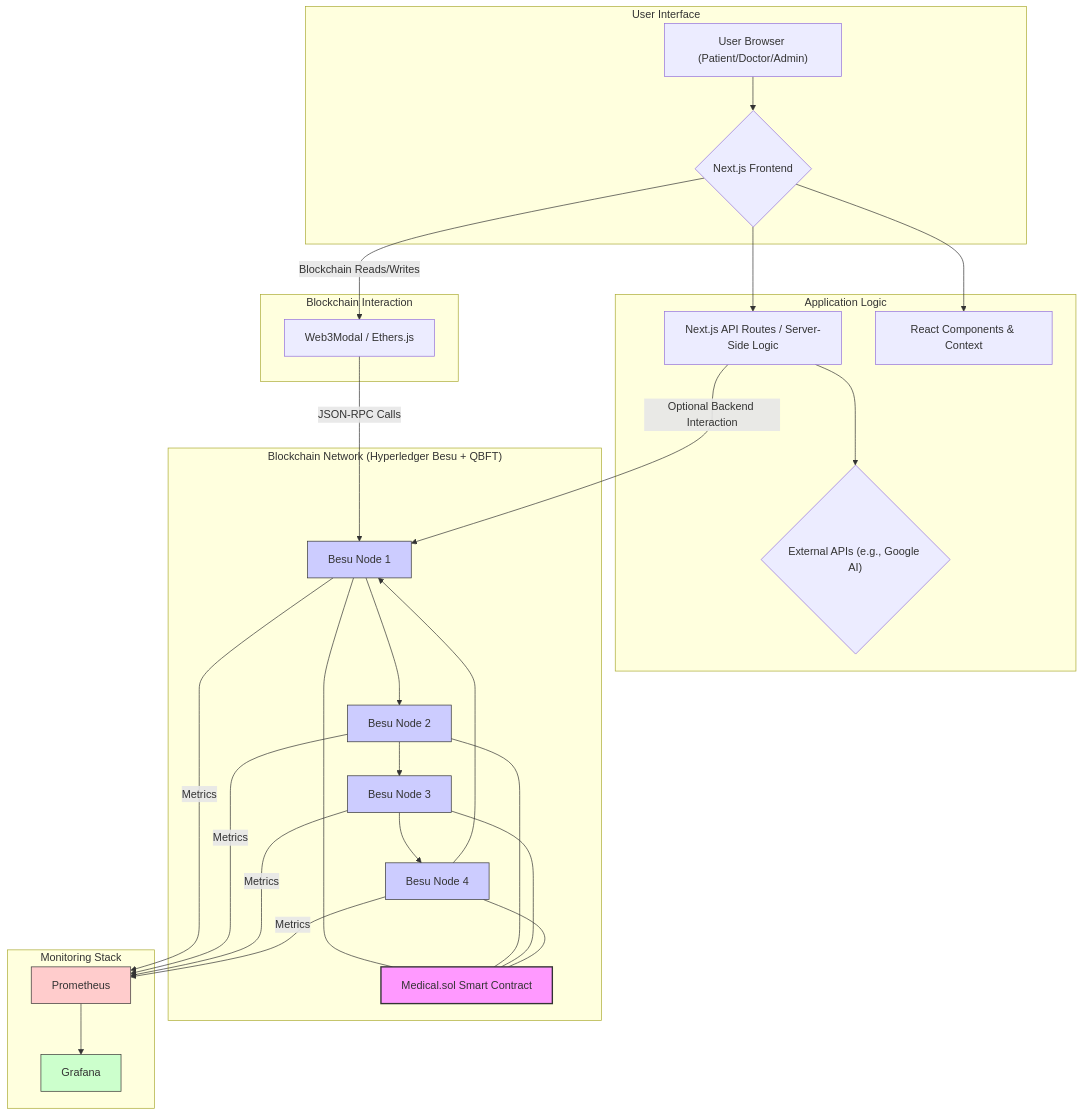
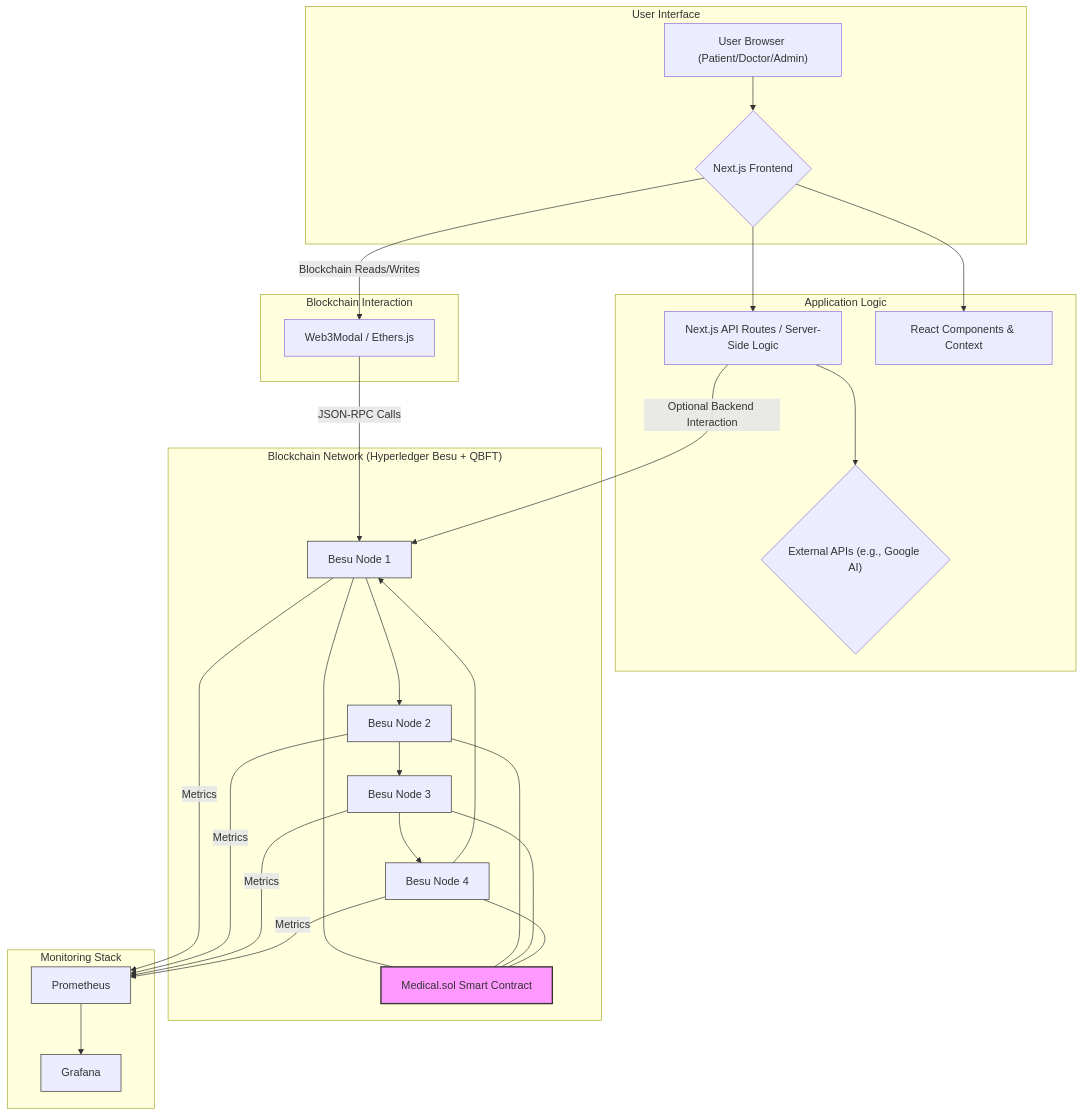
One commit to ItsRudraksh/healthcare-dapp changed the first of 9 diagrams in README.md. Above: the diagram before and after it, drawn with Mermaid. The commit also changed other lines of this file, not shown here.

Commit message:
Refactor styles in README.md to use stroke properties instead of fill for node elements in diagrams

````diff
--- a/README.md
+++ b/README.md
@@ -74,47 +74,47 @@
 ```mermaid
 graph TD
     subgraph "User Interface"
         A["User Browser (Patient/Doctor/Admin)"] --> B{Next.js Frontend};
     end
 
     subgraph "Application Logic"
         B --> C[Next.js API Routes / Server-Side Logic];
         B --> D[React Components & Context];
         C --> E{"External APIs (e.g., Google AI)"};
     end
 
     subgraph "Blockchain Network (Hyperledger Besu + QBFT)"
         N1[Besu Node 1] --> N2[Besu Node 2];
         N2 --> N3[Besu Node 3];
         N3 --> N4[Besu Node 4];
         N4 --> N1;
         N1 --- F[Medical.sol Smart Contract];
         N2 --- F;
         N3 --- F;
         N4 --- F;
     end
 
     subgraph "Blockchain Interaction"
       G[Web3Modal / Ethers.js]
     end
 
     subgraph "Monitoring Stack"
         P[Prometheus] --> GR[Grafana];
         N1 -- Metrics --> P;
         N2 -- Metrics --> P;
         N3 -- Metrics --> P;
         N4 -- Metrics --> P;
     end
 
     B -- Blockchain Reads/Writes --> G;
     G -- JSON-RPC Calls --> N1;
     C -- Optional Backend Interaction --> N1;
 
     style F fill:#f9f,stroke:#333,stroke-width:2px
-    style N1 fill:#ccf,stroke:#333,stroke-width:1px
-    style N2 fill:#ccf,stroke:#333,stroke-width:1px
-    style N3 fill:#ccf,stroke:#333,stroke-width:1px
-    style N4 fill:#ccf,stroke:#333,stroke-width:1px
-    style P fill:#fcc,stroke:#333,stroke-width:1px
-    style GR fill:#cfc,stroke:#333,stroke-width:1px
+    style N1 stroke:#333,stroke-width:1px
+    style N2 stroke:#333,stroke-width:1px
+    style N3 stroke:#333,stroke-width:1px
+    style N4 stroke:#333,stroke-width:1px
+    style P stroke:#333,stroke-width:1px
+    style GR stroke:#333,stroke-width:1px
 ```
````
